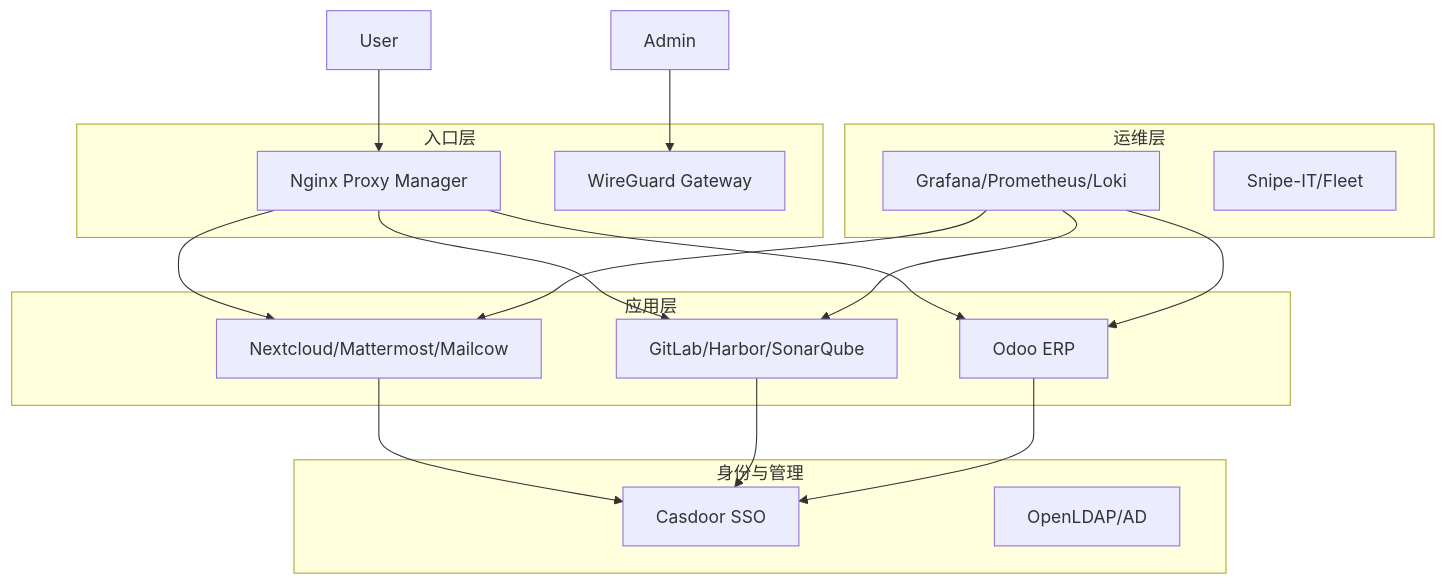
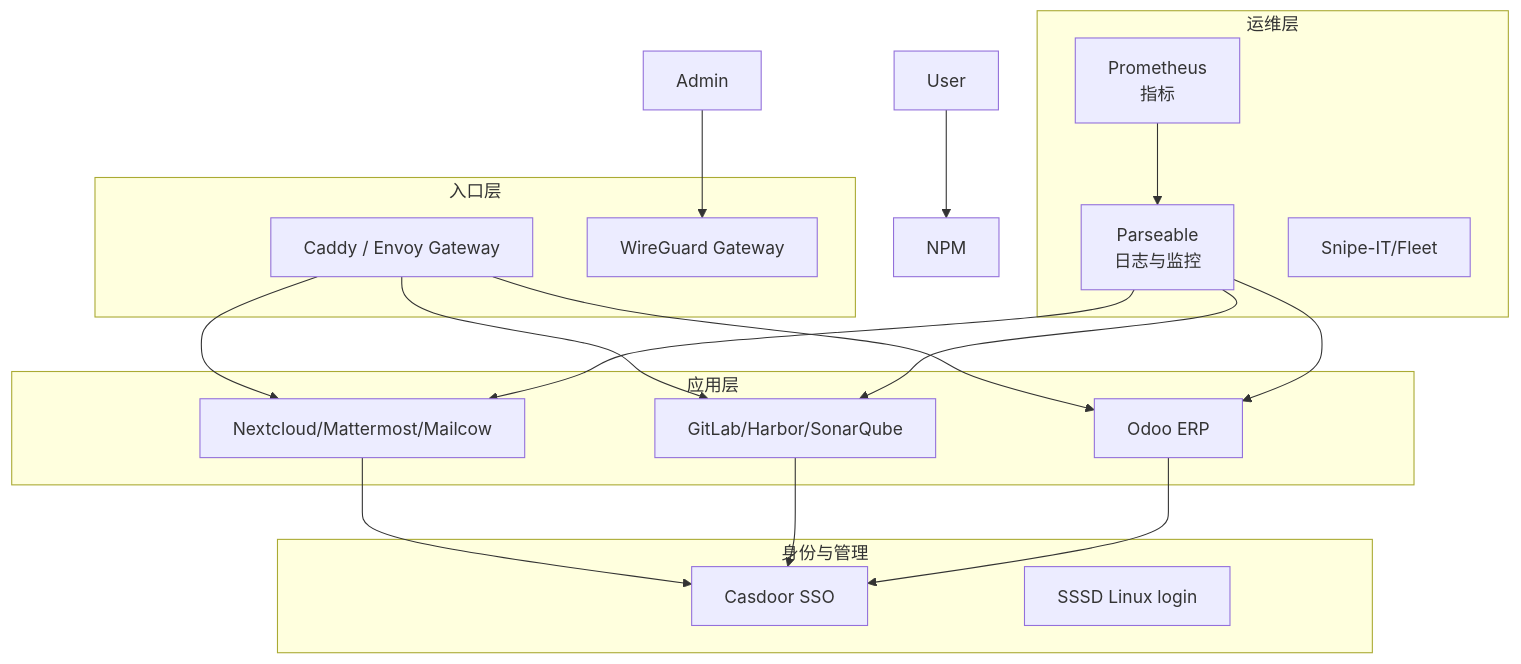
The diagram in src/content/docs/01-core-design/oss-software-stack.md (stars-labs/full-it-infra-design-docs), drawn with Mermaid before and after one commit. The commit also changed other lines of this file and 14 other files, not shown here.

First line of the commit message:
docs: modernize infrastructure architecture

````diff
--- a/src/content/docs/01-core-design/oss-software-stack.md
+++ b/src/content/docs/01-core-design/oss-software-stack.md
@@ -78,37 +79,39 @@
 ```mermaid
 graph TD
     subgraph "入口层"
-        NPM[Nginx Proxy Manager]
+        Gateway[Caddy / Envoy Gateway]
         VPN[WireGuard Gateway]
     end
 
     subgraph "身份与管理"
         SSO[Casdoor SSO]
-        LDAP[OpenLDAP/AD]
+        Linux[SSSD Linux login]
     end
 
     subgraph "应用层"
         Office[Nextcloud/Mattermost/Mailcow]
         DevOps[GitLab/Harbor/SonarQube]
         Biz[Odoo ERP]
     end
 
     subgraph "运维层"
-        Monitor[Grafana/Prometheus/Loki]
+        Monitor[Parseable<br/>日志与监控]
+        Metrics[Prometheus<br/>指标]
         Asset[Snipe-IT/Fleet]
     end
 
     User --> NPM
     Admin --> VPN
-    NPM --> Office
-    NPM --> DevOps
-    NPM --> Biz
+    Gateway --> Office
+    Gateway --> DevOps
+    Gateway --> Biz
     
     Office --> SSO
     DevOps --> SSO
     Biz --> SSO
     
     Monitor --> Office
     Monitor --> DevOps
     Monitor --> Biz
+    Metrics --> Monitor
 ```
````
